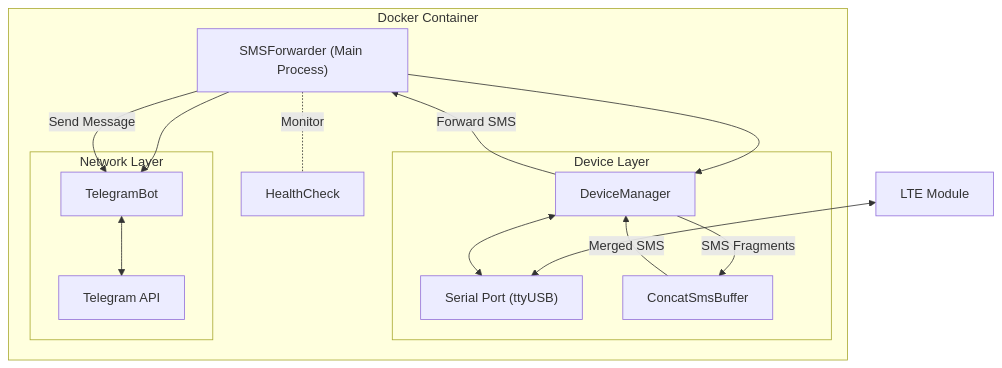
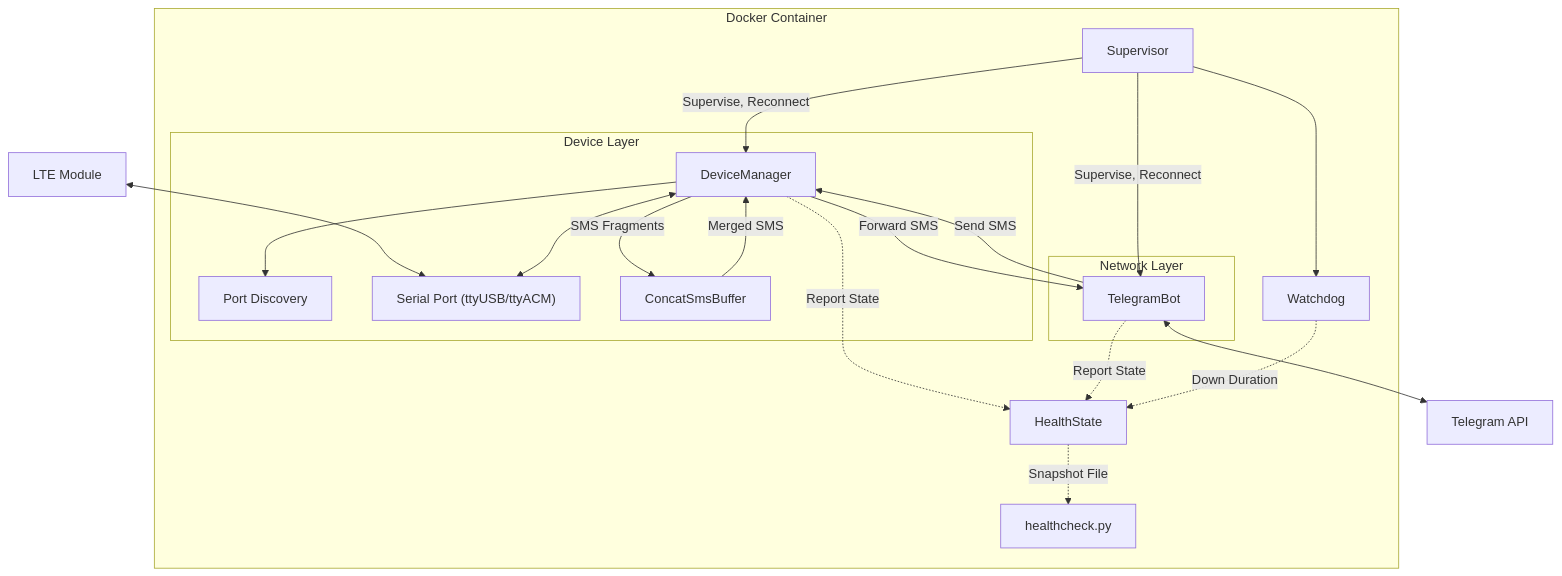
Before and after one commit to vxhorse/SMS_forwarder_Telegram: the diagram in README.md, drawn with Mermaid. The commit also changed other lines of this file and 7 other files, not shown here.

First line of the commit message:
docs: bind-mount the device tree and document port discovery

````diff
--- a/README.md
+++ b/README.md
@@ -20,31 +21,37 @@
 ```mermaid
 graph TD
     subgraph DC [Docker Container]
-        Main["SMSForwarder (Main Process)"]
-        
+        Sup[Supervisor]
+        WD[Watchdog]
+        HS[HealthState]
+        HC["healthcheck.py"]
+
         subgraph DeviceLayer [Device Layer]
             DM[DeviceManager]
-            Serial["Serial Port (ttyUSB)"]
+            Disc[Port Discovery]
+            Serial["Serial Port (ttyUSB/ttyACM)"]
             Buffer[ConcatSmsBuffer]
         end
-        
+
         subgraph NetworkLayer [Network Layer]
             Bot[TelegramBot]
-            API[Telegram API]
         end
-        
-        Health[HealthCheck]
     end
-    
+
     Hardware[LTE Module] <--> Serial
-    Main --> DM
-    Main --> Bot
+    Sup -- "Supervise, Reconnect" --> DM
+    Sup -- "Supervise, Reconnect" --> Bot
+    Sup --> WD
+    DM --> Disc
     DM <--> Serial
     DM -- "SMS Fragments" --> Buffer
     Buffer -- "Merged SMS" --> DM
-    DM -- "Forward SMS" --> Main
-    Main -- "Send Message" --> Bot
-    Bot <--> API
-    
-    Main -. Monitor .- Health
+    DM -- "Forward SMS" --> Bot
+    Bot -- "Send SMS" --> DM
+    Bot <--> API[Telegram API]
+
+    DM -. "Report State" .-> HS
+    Bot -. "Report State" .-> HS
+    WD -. "Down Duration" .-> HS
+    HS -. "Snapshot File" .-> HC
 ```
````
